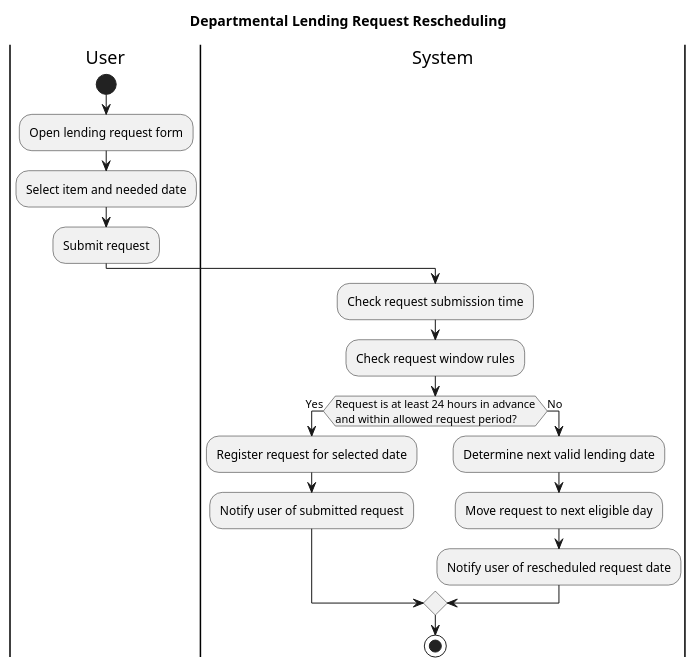
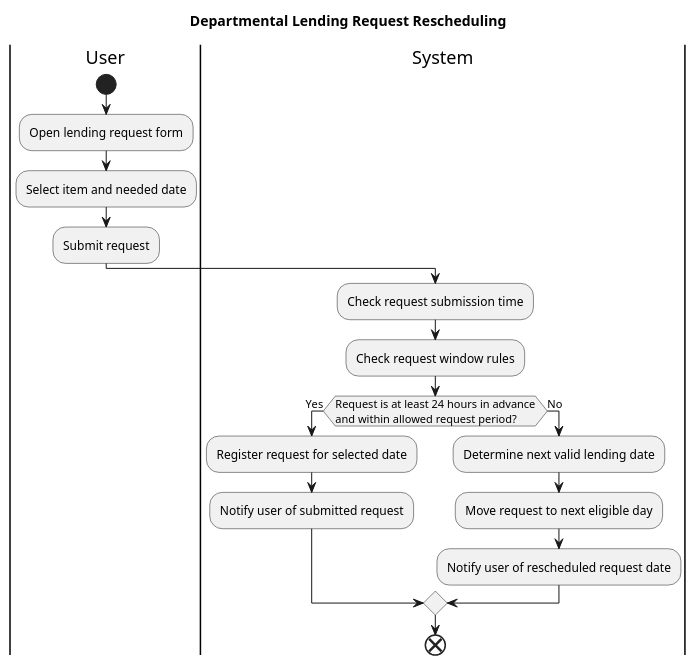
Before and after one commit to JanPerez35/PlantUML: the diagram in activityDiagrams/Departmental Lending Request Rescheduling.puml, drawn with PlantUML. The commit also changed 10 other files, not shown here.

Commit message:
Updated use case and activity diagrams.

```diff
--- a/activityDiagrams/Departmental Lending Request Rescheduling.puml
+++ b/activityDiagrams/Departmental Lending Request Rescheduling.puml
@@ -1,24 +1,24 @@
 @startuml
 title Departmental Lending Request Rescheduling
 
 |User|
 start
 :Open lending request form;
 :Select item and needed date;
 :Submit request;
 
 |System|
 :Check request submission time;
 :Check request window rules;
 
 if (Request is at least 24 hours in advance\nand within allowed request period?) then (Yes)
   :Register request for selected date;
   :Notify user of submitted request;
 else (No)
   :Determine next valid lending date;
   :Move request to next eligible day;
   :Notify user of rescheduled request date;
 endif
 
-stop
+end
 @enduml
```
